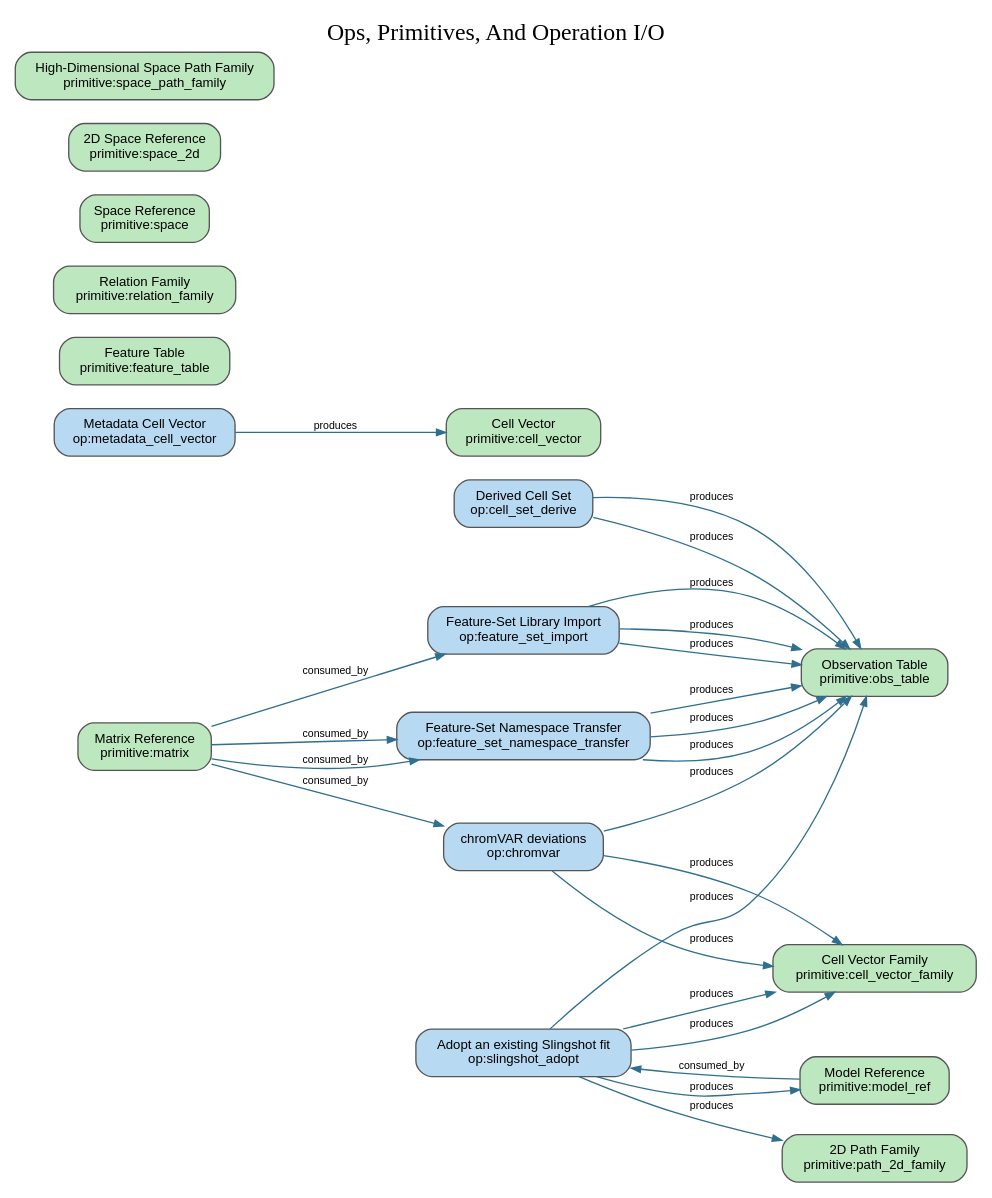
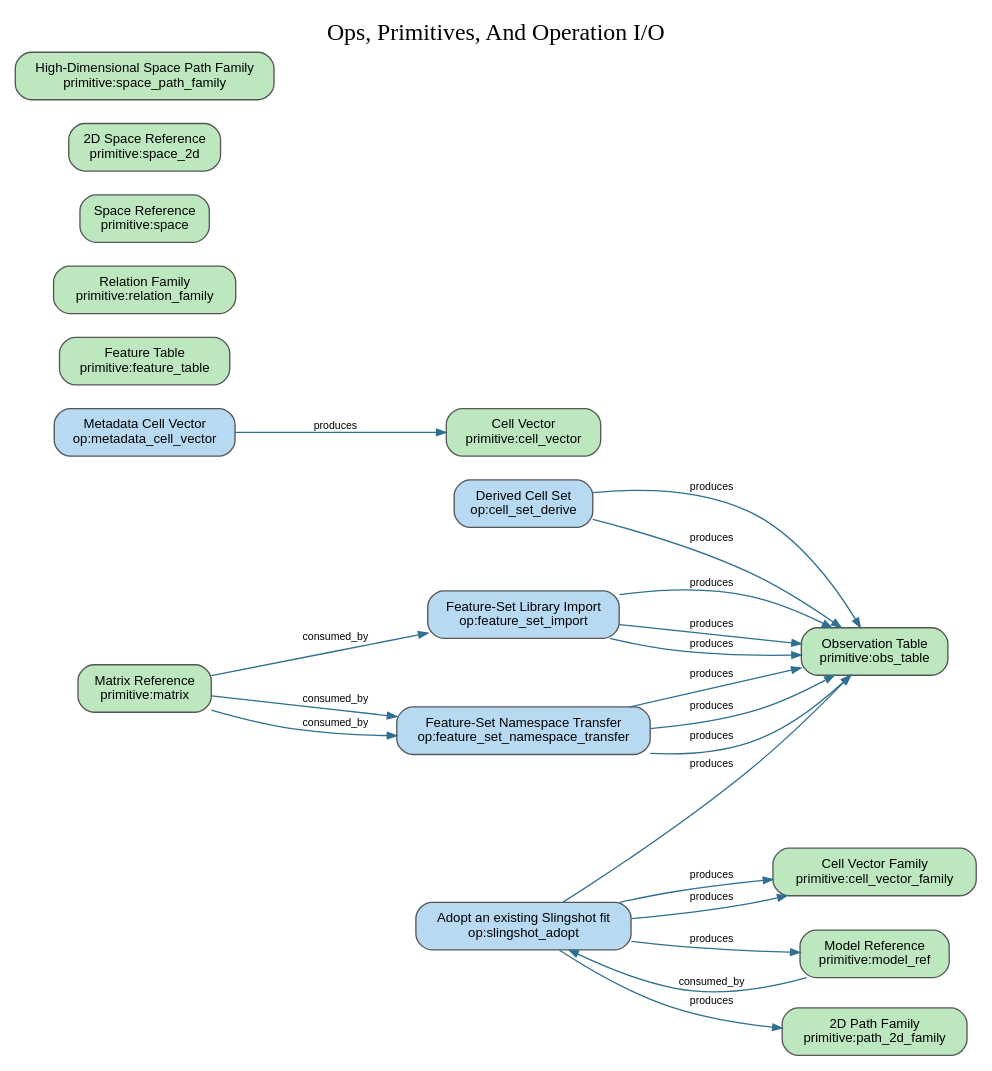
One commit to Tingvall/scworkbench changed the diagram in docs/semantic_graphs/semantic_graph_ops_primitives.dot. Above: the diagram before and after it, drawn with Graphviz. The commit also changed 51 other files, not shown here.

```diff
--- a/docs/semantic_graphs/semantic_graph_ops_primitives.dot
+++ b/docs/semantic_graphs/semantic_graph_ops_primitives.dot
@@ -1,47 +1,42 @@
 digraph scworkbench_semantic_graph {
   graph [rankdir=LR, overlap=false, splines=true, bgcolor="white"];
   node [shape=box, style="rounded,filled", fontname="Helvetica", fontsize=10, color="#555555"];
   edge [fontname="Helvetica", fontsize=8, arrowsize=0.7];
   label="Ops, Primitives, And Operation I/O";
   labelloc="t";
   fontsize=18;
   n1 [label="Derived Cell Set\nop:cell_set_derive", fillcolor="#b7d9f2"];
-  n2 [label="chromVAR deviations\nop:chromvar", fillcolor="#b7d9f2"];
-  n3 [label="Feature-Set Library Import\nop:feature_set_import", fillcolor="#b7d9f2"];
-  n4 [label="Feature-Set Namespace Transfer\nop:feature_set_namespace_transfer", fillcolor="#b7d9f2"];
-  n5 [label="Metadata Cell Vector\nop:metadata_cell_vector", fillcolor="#b7d9f2"];
-  n6 [label="Adopt an existing Slingshot fit\nop:slingshot_adopt", fillcolor="#b7d9f2"];
-  n7 [label="Cell Vector\nprimitive:cell_vector", fillcolor="#bde8bf"];
-  n8 [label="Cell Vector Family\nprimitive:cell_vector_family", fillcolor="#bde8bf"];
-  n9 [label="Feature Table\nprimitive:feature_table", fillcolor="#bde8bf"];
-  n10 [label="Matrix Reference\nprimitive:matrix", fillcolor="#bde8bf"];
-  n11 [label="Model Reference\nprimitive:model_ref", fillcolor="#bde8bf"];
-  n12 [label="Observation Table\nprimitive:obs_table", fillcolor="#bde8bf"];
-  n13 [label="2D Path Family\nprimitive:path_2d_family", fillcolor="#bde8bf"];
-  n14 [label="Relation Family\nprimitive:relation_family", fillcolor="#bde8bf"];
-  n15 [label="Space Reference\nprimitive:space", fillcolor="#bde8bf"];
-  n16 [label="2D Space Reference\nprimitive:space_2d", fillcolor="#bde8bf"];
-  n17 [label="High-Dimensional Space Path Family\nprimitive:space_path_family", fillcolor="#bde8bf"];
-  n10 -> n2 [label="consumed_by", color="#2f6f8f"];
-  n10 -> n3 [label="consumed_by", color="#2f6f8f"];
-  n10 -> n4 [label="consumed_by", color="#2f6f8f"];
-  n10 -> n4 [label="consumed_by", color="#2f6f8f"];
-  n11 -> n6 [label="consumed_by", color="#2f6f8f"];
-  n1 -> n12 [label="produces", color="#2f6f8f"];
-  n1 -> n12 [label="produces", color="#2f6f8f"];
-  n2 -> n8 [label="produces", color="#2f6f8f"];
-  n2 -> n8 [label="produces", color="#2f6f8f"];
-  n2 -> n12 [label="produces", color="#2f6f8f"];
-  n3 -> n12 [label="produces", color="#2f6f8f"];
-  n3 -> n12 [label="produces", color="#2f6f8f"];
-  n3 -> n12 [label="produces", color="#2f6f8f"];
-  n4 -> n12 [label="produces", color="#2f6f8f"];
-  n4 -> n12 [label="produces", color="#2f6f8f"];
-  n4 -> n12 [label="produces", color="#2f6f8f"];
+  n2 [label="Feature-Set Library Import\nop:feature_set_import", fillcolor="#b7d9f2"];
+  n3 [label="Feature-Set Namespace Transfer\nop:feature_set_namespace_transfer", fillcolor="#b7d9f2"];
+  n4 [label="Metadata Cell Vector\nop:metadata_cell_vector", fillcolor="#b7d9f2"];
+  n5 [label="Adopt an existing Slingshot fit\nop:slingshot_adopt", fillcolor="#b7d9f2"];
+  n6 [label="Cell Vector\nprimitive:cell_vector", fillcolor="#bde8bf"];
+  n7 [label="Cell Vector Family\nprimitive:cell_vector_family", fillcolor="#bde8bf"];
+  n8 [label="Feature Table\nprimitive:feature_table", fillcolor="#bde8bf"];
+  n9 [label="Matrix Reference\nprimitive:matrix", fillcolor="#bde8bf"];
+  n10 [label="Model Reference\nprimitive:model_ref", fillcolor="#bde8bf"];
+  n11 [label="Observation Table\nprimitive:obs_table", fillcolor="#bde8bf"];
+  n12 [label="2D Path Family\nprimitive:path_2d_family", fillcolor="#bde8bf"];
+  n13 [label="Relation Family\nprimitive:relation_family", fillcolor="#bde8bf"];
+  n14 [label="Space Reference\nprimitive:space", fillcolor="#bde8bf"];
+  n15 [label="2D Space Reference\nprimitive:space_2d", fillcolor="#bde8bf"];
+  n16 [label="High-Dimensional Space Path Family\nprimitive:space_path_family", fillcolor="#bde8bf"];
+  n9 -> n2 [label="consumed_by", color="#2f6f8f"];
+  n9 -> n3 [label="consumed_by", color="#2f6f8f"];
+  n9 -> n3 [label="consumed_by", color="#2f6f8f"];
+  n10 -> n5 [label="consumed_by", color="#2f6f8f"];
+  n1 -> n11 [label="produces", color="#2f6f8f"];
+  n1 -> n11 [label="produces", color="#2f6f8f"];
+  n2 -> n11 [label="produces", color="#2f6f8f"];
+  n2 -> n11 [label="produces", color="#2f6f8f"];
+  n2 -> n11 [label="produces", color="#2f6f8f"];
+  n3 -> n11 [label="produces", color="#2f6f8f"];
+  n3 -> n11 [label="produces", color="#2f6f8f"];
+  n3 -> n11 [label="produces", color="#2f6f8f"];
+  n4 -> n6 [label="produces", color="#2f6f8f"];
   n5 -> n7 [label="produces", color="#2f6f8f"];
-  n6 -> n8 [label="produces", color="#2f6f8f"];
-  n6 -> n8 [label="produces", color="#2f6f8f"];
-  n6 -> n11 [label="produces", color="#2f6f8f"];
-  n6 -> n12 [label="produces", color="#2f6f8f"];
-  n6 -> n13 [label="produces", color="#2f6f8f"];
+  n5 -> n7 [label="produces", color="#2f6f8f"];
+  n5 -> n10 [label="produces", color="#2f6f8f"];
+  n5 -> n11 [label="produces", color="#2f6f8f"];
+  n5 -> n12 [label="produces", color="#2f6f8f"];
 }
```
